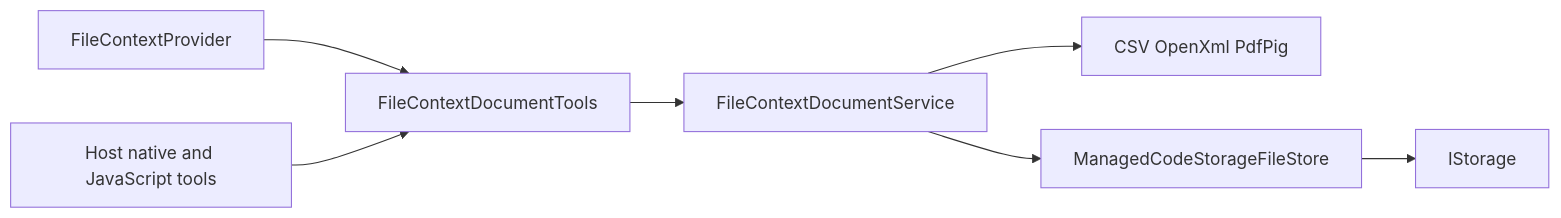
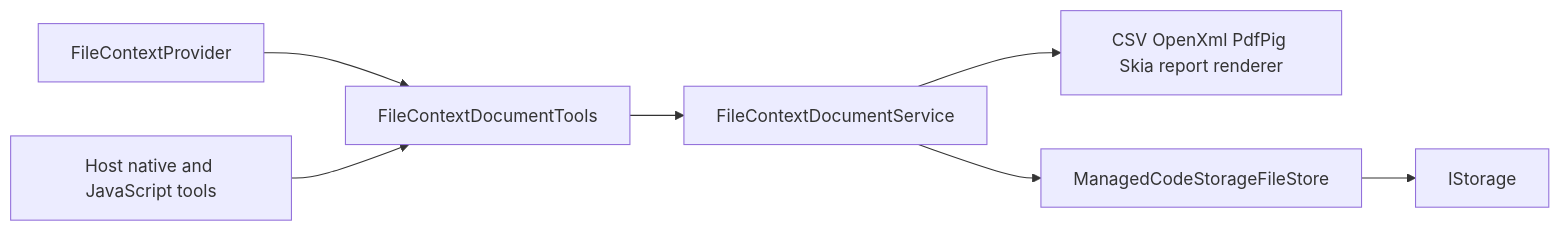
One commit to managedcode/FileContext changed the fourth of 5 diagrams in docs/Architecture.md. Above: the diagram before and after it, drawn with Mermaid. The commit also changed other lines of this file and 20 other files, not shown here.

````diff
--- a/docs/Architecture.md
+++ b/docs/Architecture.md
@@ -94,9 +94,9 @@
 ```mermaid
 flowchart LR
   Provider[FileContextProvider] --> Tools[FileContextDocumentTools]
   Host[Host native and JavaScript tools] --> Tools
   Tools --> Documents[FileContextDocumentService]
-  Documents --> Writers[CSV OpenXml PdfPig]
+  Documents --> Writers[CSV OpenXml PdfPig Skia report renderer]
   Documents --> Store[ManagedCodeStorageFileStore]
   Store --> Storage[IStorage]
 ```
````
